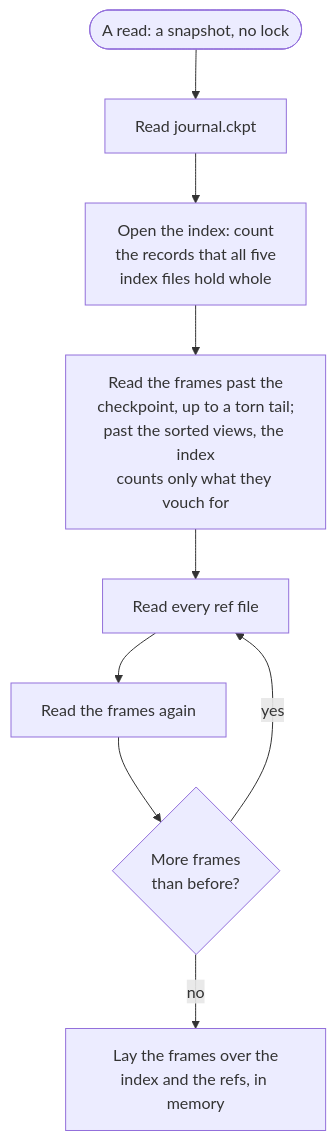
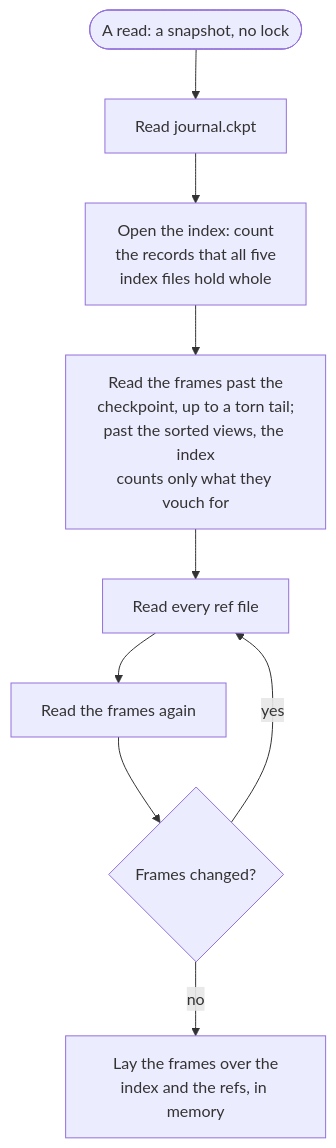
The third of 3 diagrams in docs/architecture.md (KeiaiLab/SwarmOps), drawn with Mermaid before and after one commit. The commit also changed other lines of this file and 4 other files, not shown here.

````diff
--- a/docs/architecture.md
+++ b/docs/architecture.md
@@ -267,11 +268,11 @@
 ```mermaid
 flowchart TD
   start(["A read: a snapshot, no lock"]) --> ckpt["Read journal.ckpt"]
   ckpt --> index["Open the index: count<br/>the records that all five<br/>index files hold whole"]
   index --> frames["Read the frames past the<br/>checkpoint, up to a torn tail;<br/>past the sorted views, the index<br/>counts only what they vouch for"]
   frames --> refs["Read every ref file"]
   refs --> again["Read the frames again"]
-  again --> more{"More frames<br/>than before?"}
+  again --> more{"Frames changed?"}
   more -- "yes" --> refs
   more -- "no" --> overlay["Lay the frames over the<br/>index and the refs, in memory"]
 ```
````
